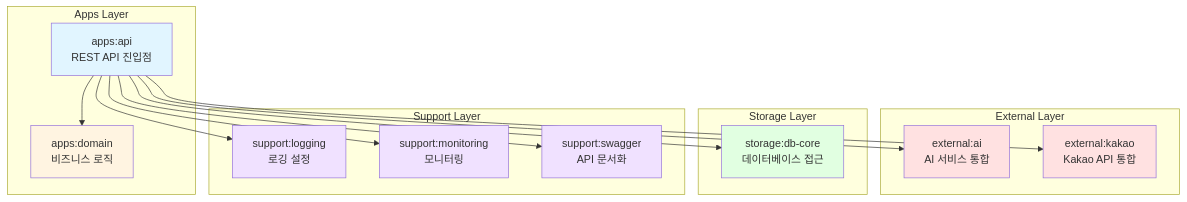
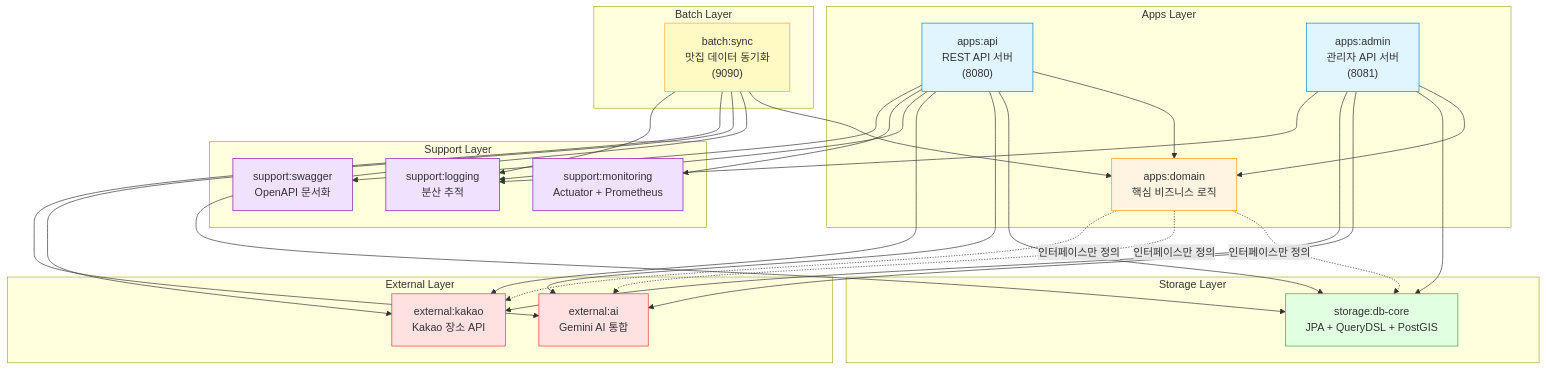
Before and after one commit to Nexters/hereeat-server: the first of 7 diagrams in docs/architecture/multi-module-structure.md, drawn with Mermaid. The commit also changed other lines of this file and 17 other files, not shown here.

````diff
--- a/docs/architecture/multi-module-structure.md
+++ b/docs/architecture/multi-module-structure.md
@@ -9,39 +59,62 @@
 ```mermaid
 graph TB
     subgraph "Apps Layer"
-        API[apps:api<br/>REST API 진입점]
-        DOMAIN[apps:domain<br/>비즈니스 로직]
+        API["apps:api<br/>REST API 서버<br/>(8080)"]
+        ADMIN["apps:admin<br/>관리자 API 서버<br/>(8081)"]
+        DOMAIN["apps:domain<br/>핵심 비즈니스 로직"]
+    end
+
+    subgraph "Batch Layer"
+        BATCH["batch:sync<br/>맛집 데이터 동기화<br/>(9090)"]
     end
 
     subgraph "External Layer"
-        AI[external:ai<br/>AI 서비스 통합]
-        KAKAO[external:kakao<br/>Kakao API 통합]
+        AI["external:ai<br/>Gemini AI 통합"]
+        KAKAO["external:kakao<br/>Kakao 장소 API"]
     end
 
     subgraph "Storage Layer"
-        DB[storage:db-core<br/>데이터베이스 접근]
+        DB["storage:db-core<br/>JPA + QueryDSL + PostGIS"]
     end
 
     subgraph "Support Layer"
-        LOGGING[support:logging<br/>로깅 설정]
-        MONITORING[support:monitoring<br/>모니터링]
-        SWAGGER[support:swagger<br/>API 문서화]
+        LOGGING["support:logging<br/>분산 추적"]
+        MONITORING["support:monitoring<br/>Actuator + Prometheus"]
+        SWAGGER["support:swagger<br/>OpenAPI 문서화"]
     end
 
     API --> DOMAIN
     API --> DB
     API --> AI
     API --> KAKAO
     API --> LOGGING
     API --> MONITORING
     API --> SWAGGER
 
-    style API fill:#e1f5ff
-    style DOMAIN fill:#fff4e1
-    style AI fill:#ffe1e1
-    style KAKAO fill:#ffe1e1
-    style DB fill:#e1ffe1
-    style LOGGING fill:#f0e1ff
-    style MONITORING fill:#f0e1ff
-    style SWAGGER fill:#f0e1ff
+    ADMIN --> DOMAIN
+    ADMIN --> DB
+    ADMIN --> AI
+    ADMIN --> KAKAO
+    ADMIN --> LOGGING
+
+    BATCH --> DOMAIN
+    BATCH --> DB
+    BATCH --> KAKAO
+    BATCH --> AI
+    BATCH --> LOGGING
+
+    DOMAIN -.->|"인터페이스만 정의"| DB
+    DOMAIN -.->|"인터페이스만 정의"| AI
+    DOMAIN -.->|"인터페이스만 정의"| KAKAO
+
+    style API fill:#e1f5ff,stroke:#0288d1
+    style ADMIN fill:#e1f5ff,stroke:#0288d1
+    style BATCH fill:#fff9c4,stroke:#f9a825
+    style DOMAIN fill:#fff4e1,stroke:#ff9800
+    style AI fill:#ffe1e1,stroke:#e53935
+    style KAKAO fill:#ffe1e1,stroke:#e53935
+    style DB fill:#e1ffe1,stroke:#43a047
+    style LOGGING fill:#f0e1ff,stroke:#7b1fa2
+    style MONITORING fill:#f0e1ff,stroke:#7b1fa2
+    style SWAGGER fill:#f0e1ff,stroke:#7b1fa2
 ```
````
